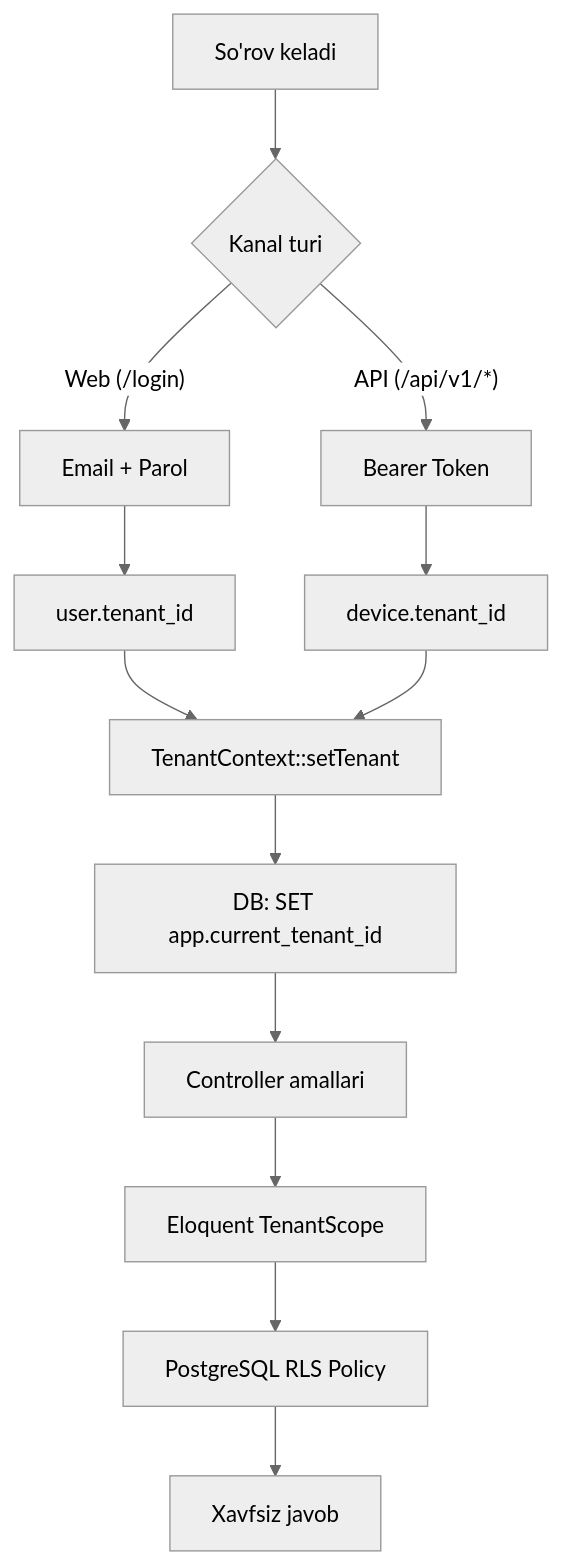
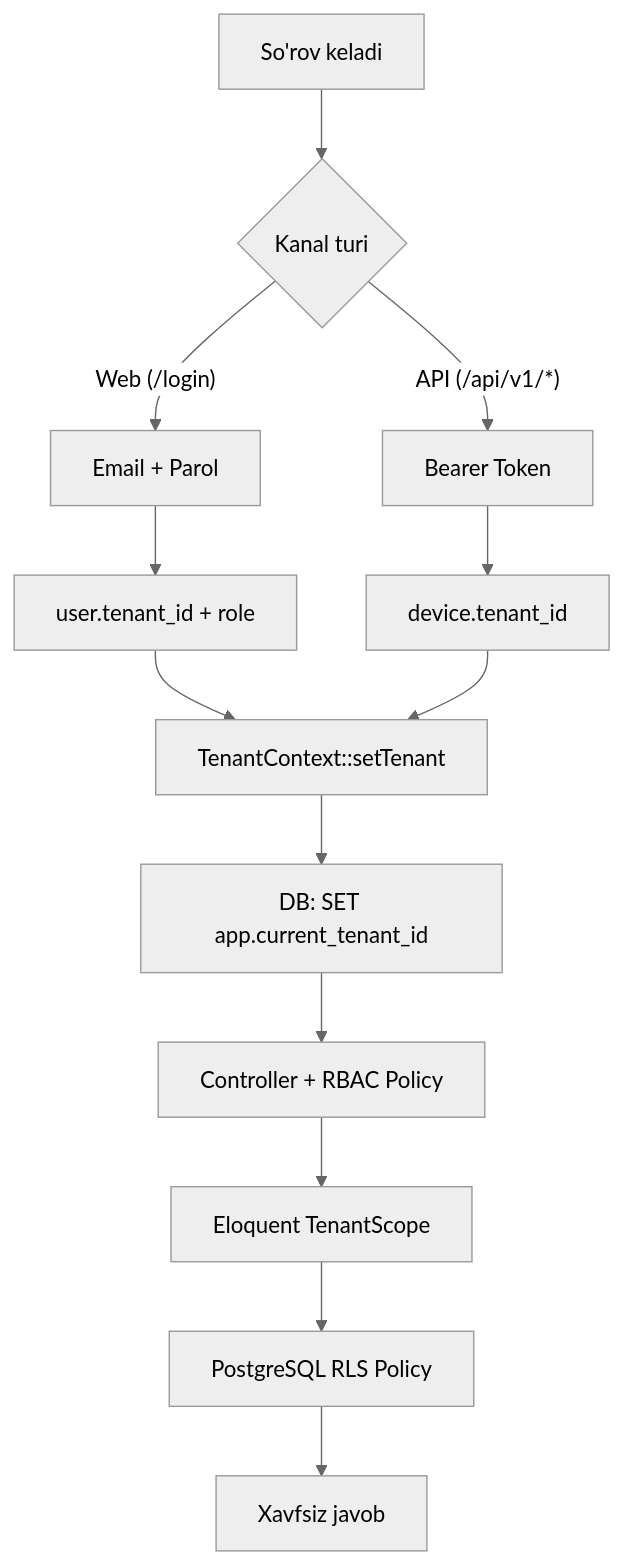
Before and after one commit to IslomFargoniy/agent.1call.uz: the diagram in docs/ARCHITECTURE_AND_ROADMAP.md, drawn with Mermaid (neutral theme). The commit also changed other lines of this file, not shown here.

First line of the commit message:
docs: integrate RBAC, Pro-rata billing, Grace Period, AccessibilityService, Privacy schedule, and Telegram bot

````diff
--- a/docs/ARCHITECTURE_AND_ROADMAP.md
+++ b/docs/ARCHITECTURE_AND_ROADMAP.md
@@ -22,23 +27,23 @@
 ```mermaid
 flowchart TD
     Req["So'rov keladi"] --> RouteCheck{"Kanal turi"}
     
     RouteCheck -->|"Web (/login)"| WebAuth["Email + Parol"]
     RouteCheck -->|"API (/api/v1/*)"| ApiAuth["Bearer Token"]
     
-    UserFound["user.tenant_id"]
+    UserFound["user.tenant_id + role"]
     DeviceFound["device.tenant_id"]
     
     WebAuth --> UserFound
     ApiAuth --> DeviceFound
     
     UserFound --> SetCtx["TenantContext::setTenant"]
     DeviceFound --> SetCtx
     
     SetCtx --> SetRLS["DB: SET app.current_tenant_id"]
-    SetRLS --> AppExec["Controller amallari"]
+    SetRLS --> AppExec["Controller + RBAC Policy"]
     
     AppExec --> Scope["Eloquent TenantScope"]
     Scope --> PG["PostgreSQL RLS Policy"]
     PG --> Result["Xavfsiz javob"]
 ```
````
